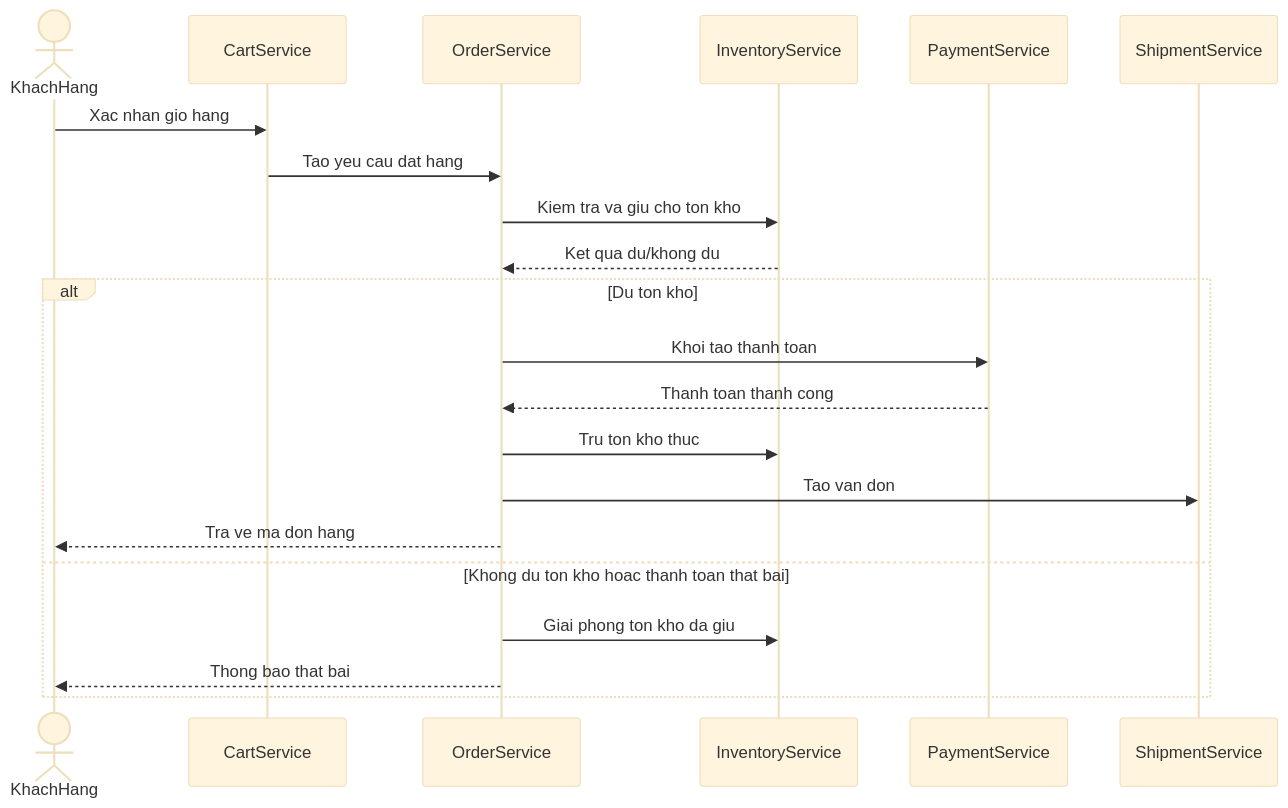
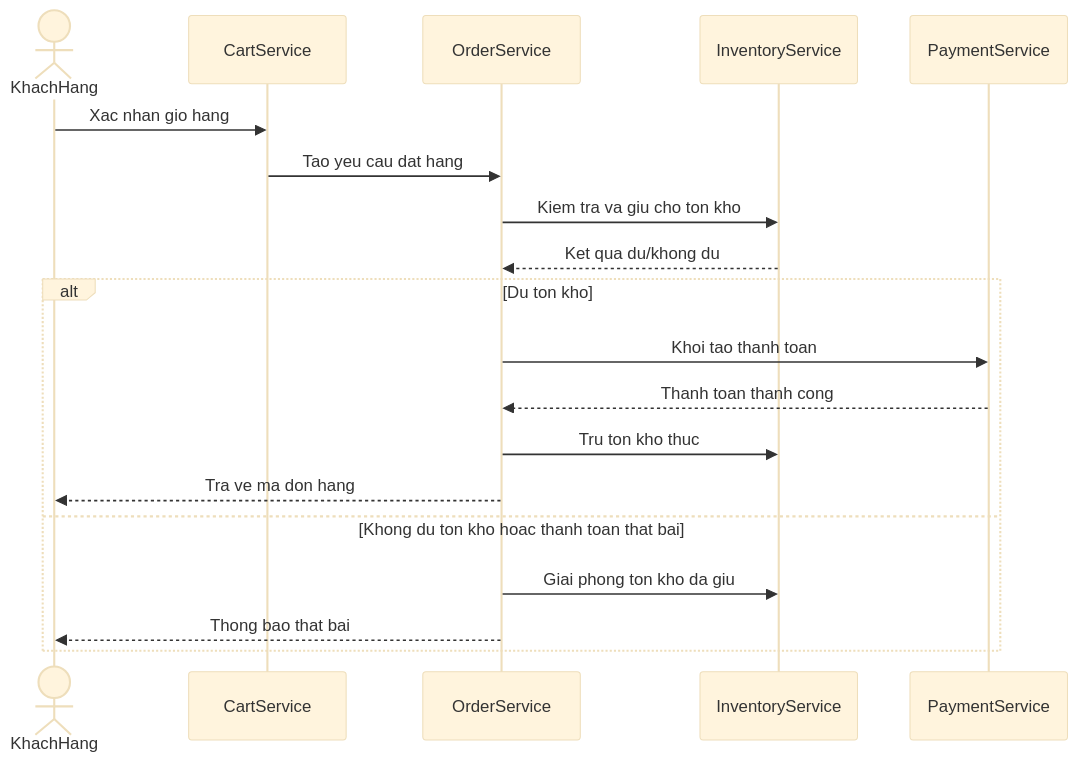
One commit to n0xgg04/5_1_TMDT_Backend changed the fourth of 5 diagrams in docs/report/chuong_4.md. Above: the diagram before and after it, drawn with Mermaid (base theme). The commit also changed other lines of this file and 1 other file, not shown here.

Commit message:
docs: update chapter 4 with revised class diagram and remove shipping section from report format

````diff
--- a/docs/report/chuong_4.md
+++ b/docs/report/chuong_4.md
@@ -505,24 +476,22 @@
 ```mermaid
 sequenceDiagram
     actor U as KhachHang
     participant C as CartService
     participant O as OrderService
     participant I as InventoryService
     participant P as PaymentService
-    participant S as ShipmentService
 
     U->>C: Xac nhan gio hang
     C->>O: Tao yeu cau dat hang
     O->>I: Kiem tra va giu cho ton kho
     I-->>O: Ket qua du/khong du
     alt Du ton kho
         O->>P: Khoi tao thanh toan
         P-->>O: Thanh toan thanh cong
         O->>I: Tru ton kho thuc
-        O->>S: Tao van don
         O-->>U: Tra ve ma don hang
     else Khong du ton kho hoac thanh toan that bai
         O->>I: Giai phong ton kho da giu
         O-->>U: Thong bao that bai
     end
 ```
````
